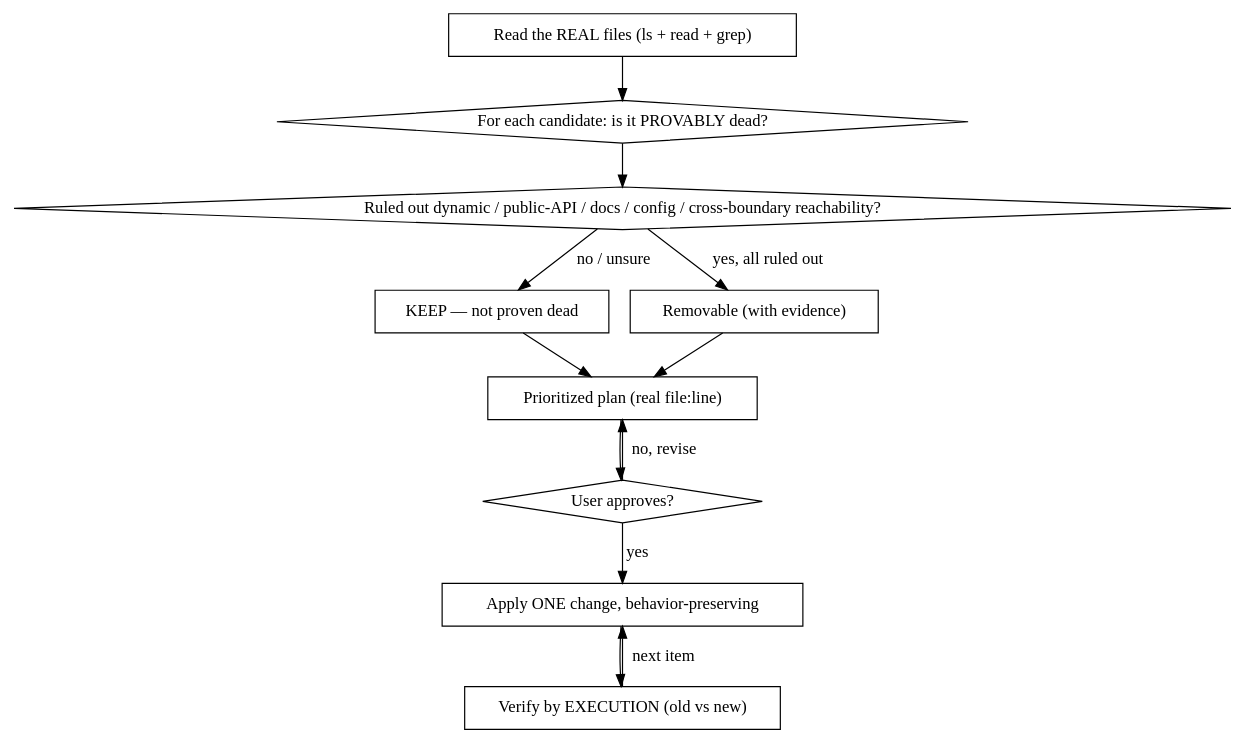
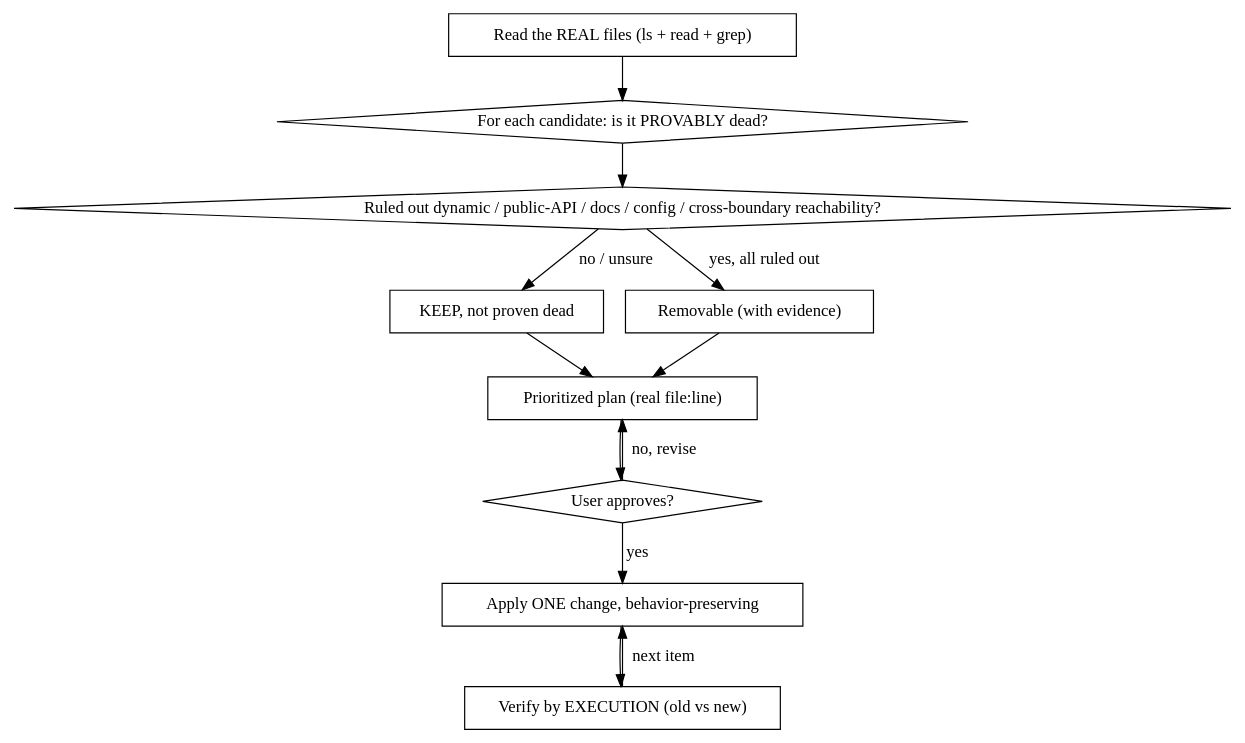
The diagram in deadcode/SKILL.md (cjber/skills), drawn with Graphviz before and after one commit. The commit also changed other lines of this file and 7 other files, not shown here.

````diff
--- a/deadcode/SKILL.md
+++ b/deadcode/SKILL.md
@@ -43,25 +43,25 @@
 ```dot
 digraph cleanup {
     "Read the REAL files (ls + read + grep)" [shape=box];
     "For each candidate: is it PROVABLY dead?" [shape=diamond];
     "Ruled out dynamic / public-API / docs / config / cross-boundary reachability?" [shape=diamond];
-    "KEEP — not proven dead" [shape=box];
+    "KEEP, not proven dead" [shape=box];
     "Removable (with evidence)" [shape=box];
     "Prioritized plan (real file:line)" [shape=box];
     "User approves?" [shape=diamond];
     "Apply ONE change, behavior-preserving" [shape=box];
     "Verify by EXECUTION (old vs new)" [shape=box];
 
     "Read the REAL files (ls + read + grep)" -> "For each candidate: is it PROVABLY dead?";
     "For each candidate: is it PROVABLY dead?" -> "Ruled out dynamic / public-API / docs / config / cross-boundary reachability?";
-    "Ruled out dynamic / public-API / docs / config / cross-boundary reachability?" -> "KEEP — not proven dead" [label="no / unsure"];
+    "Ruled out dynamic / public-API / docs / config / cross-boundary reachability?" -> "KEEP, not proven dead" [label="no / unsure"];
     "Ruled out dynamic / public-API / docs / config / cross-boundary reachability?" -> "Removable (with evidence)" [label="yes, all ruled out"];
     "Removable (with evidence)" -> "Prioritized plan (real file:line)";
-    "KEEP — not proven dead" -> "Prioritized plan (real file:line)";
+    "KEEP, not proven dead" -> "Prioritized plan (real file:line)";
     "Prioritized plan (real file:line)" -> "User approves?";
     "User approves?" -> "Apply ONE change, behavior-preserving" [label="yes"];
     "User approves?" -> "Prioritized plan (real file:line)" [label="no, revise"];
     "Apply ONE change, behavior-preserving" -> "Verify by EXECUTION (old vs new)";
     "Verify by EXECUTION (old vs new)" -> "Apply ONE change, behavior-preserving" [label="next item"];
 }
 ```
````
